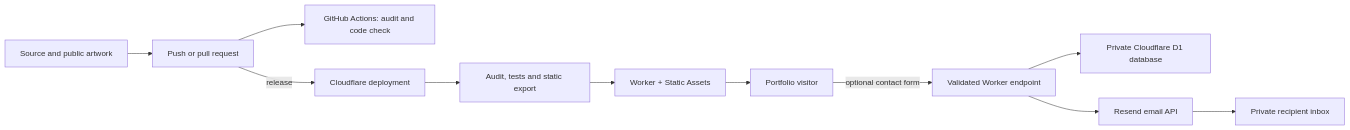
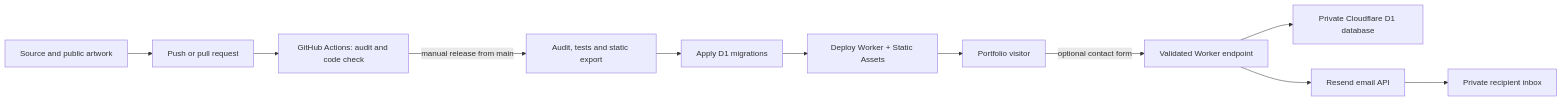
The diagram in WORKFLOW-DIAGRAM.md (zrsobecka/Portfolio), drawn with Mermaid before and after one commit. The commit also changed 3 other files, not shown here.

````diff
--- a/WORKFLOW-DIAGRAM.md
+++ b/WORKFLOW-DIAGRAM.md
@@ -3,13 +3,13 @@
 ```mermaid
 flowchart LR
     A[Source and public artwork] --> B[Push or pull request]
     B --> C[GitHub Actions: audit and code check]
-    B -->|release| D[Cloudflare deployment]
-    D --> E[Audit, tests and static export]
-    E --> F[Worker + Static Assets]
+    C -->|manual release from main| D[Audit, tests and static export]
+    D --> E[Apply D1 migrations]
+    E --> F[Deploy Worker + Static Assets]
     F --> G[Portfolio visitor]
     G -->|optional contact form| H[Validated Worker endpoint]
     H --> I[Private Cloudflare D1 database]
     H --> J[Resend email API]
     J --> K[Private recipient inbox]
 ```
````
